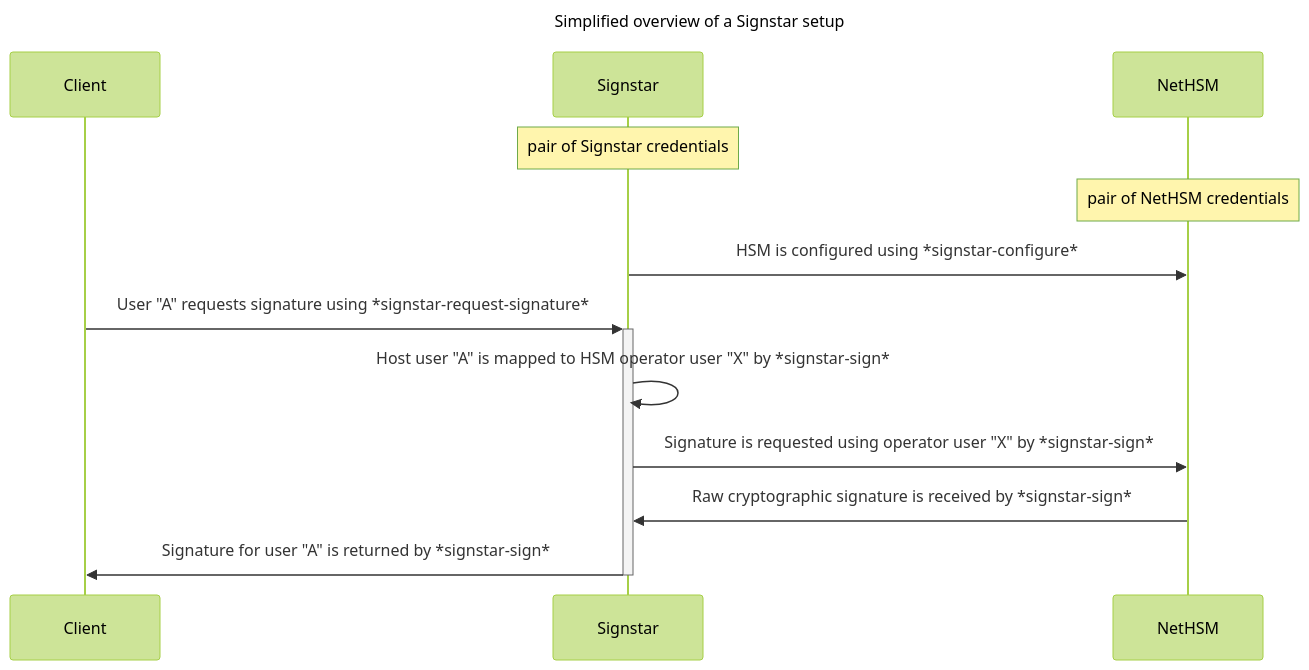
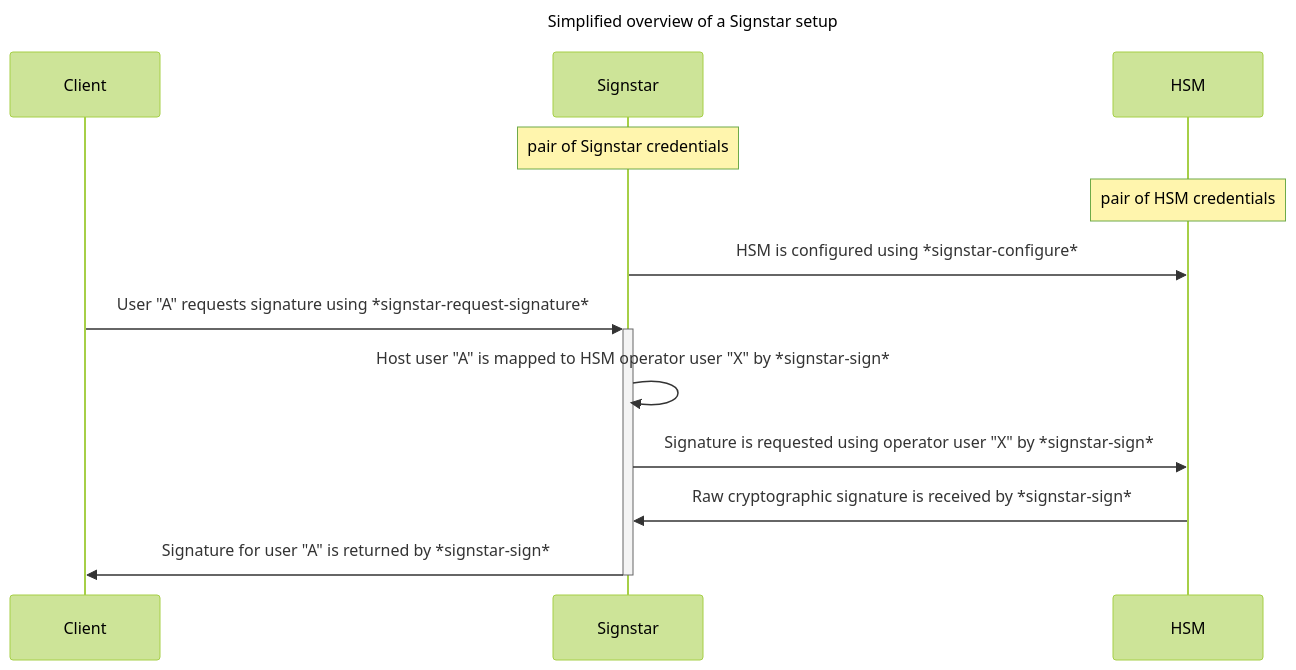
Before and after one commit to archlinux/signstar: the diagram in README.md, drawn with Mermaid (forest theme). The commit also changed other lines of this file, not shown here.

Commit message:
docs(README): Adjust text to be backend agnostic

````diff
--- a/README.md
+++ b/README.md
@@ -30,19 +30,19 @@
 ```mermaid
 ---
 title: Simplified overview of a Signstar setup
 ---
 sequenceDiagram
     participant C as Client
     participant S as Signstar
-    participant N as NetHSM
+    participant H as HSM
 
     Note over S: pair of Signstar credentials
-    Note over N: pair of NetHSM credentials
+    Note over H: pair of HSM credentials
 
-    S ->> N: HSM is configured using *signstar-configure*
+    S ->> H: HSM is configured using *signstar-configure*
     C ->>+ S: User "A" requests signature using *signstar-request-signature*
     S ->> S: Host user "A" is mapped to HSM operator user "X" by *signstar-sign*
-    S ->> N: Signature is requested using operator user "X" by *signstar-sign*
-    N ->> S: Raw cryptographic signature is received by *signstar-sign*
+    S ->> H: Signature is requested using operator user "X" by *signstar-sign*
+    H ->> S: Raw cryptographic signature is received by *signstar-sign*
     S ->>- C: Signature for user "A" is returned by *signstar-sign*
 ```
````
